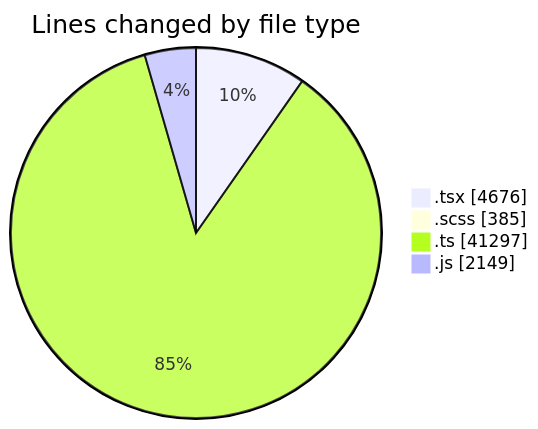
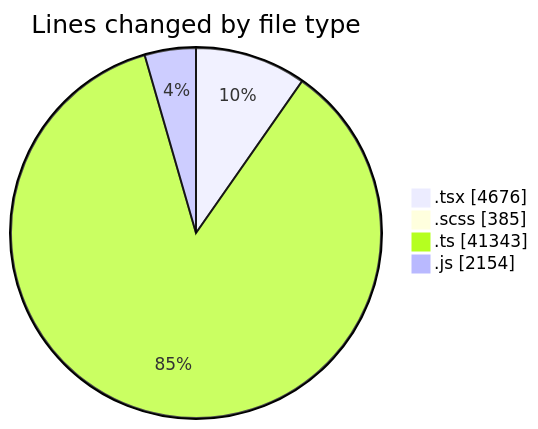
The first of 2 diagrams in 2025-06-17/cda/README.md (momahboobian/code-tracking), drawn with Mermaid before and after one commit. The commit also changed other lines of this file and 4 other files, not shown here.

````diff
--- a/2025-06-17/cda/README.md
+++ b/2025-06-17/cda/README.md
@@ -50,8 +50,8 @@
 ```mermaid
 pie showData
 title Lines changed by file type
 ".tsx" : 4676
 ".scss" : 385
-".ts" : 41297
-".js" : 2149
+".ts" : 41343
+".js" : 2154
 ```
````
